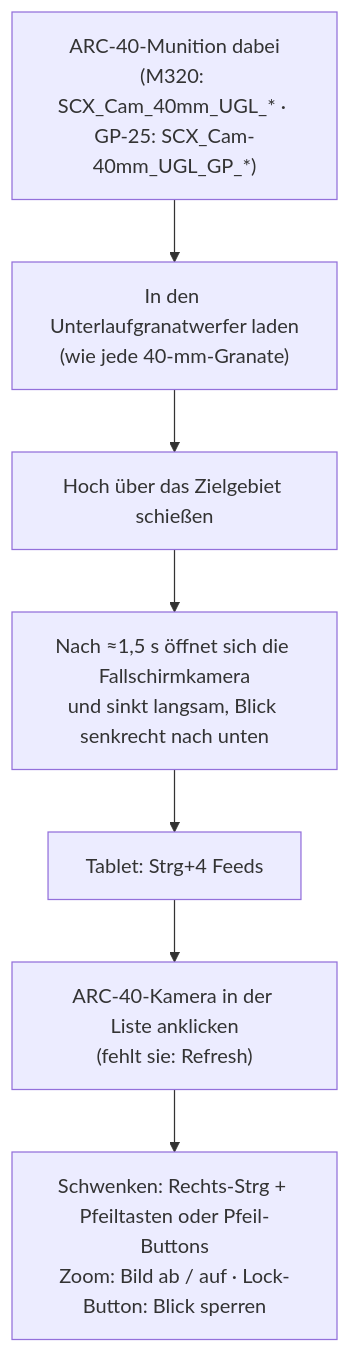
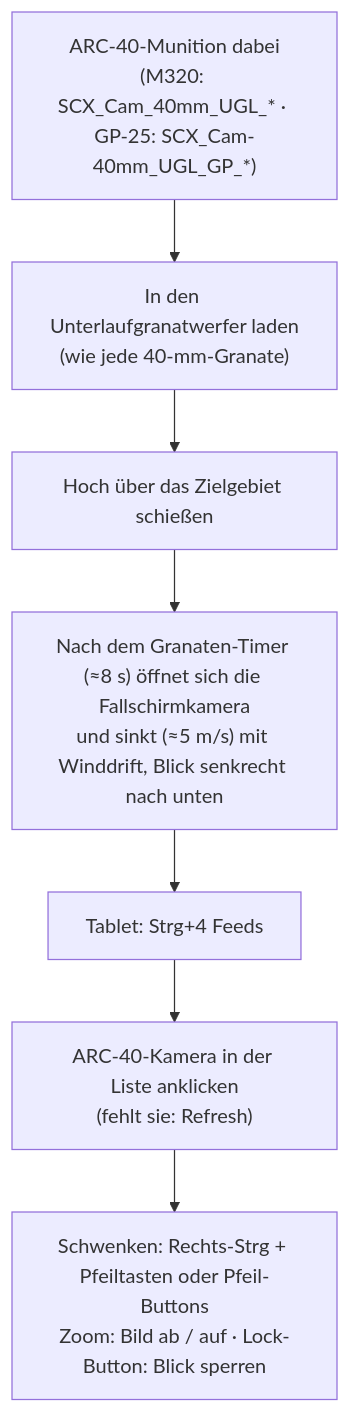
Before and after one commit to GerSkyking/SkyKing-Mod-Docs: diagram 12 of 12 in SkyMap-X-Workflows.md, drawn with Mermaid. The commit also changed other lines of this file and 2 other files, not shown here.

Commit message:
Wiki: link SMX sub-pages from Home/SkyMap-X, update workflow diagrams (ARC-40 timing, boot, map provider, chat)

````diff
--- a/SkyMap-X-Workflows.md
+++ b/SkyMap-X-Workflows.md
@@ -199,9 +203,9 @@
 ```mermaid
 flowchart TD
     A["ARC-40-Munition dabei<br/>(M320: SCX_Cam_40mm_UGL_* · GP-25: SCX_Cam-40mm_UGL_GP_*)"] --> B["In den Unterlaufgranatwerfer laden<br/>(wie jede 40-mm-Granate)"]
     B --> C["Hoch über das Zielgebiet schießen"]
-    C --> D["Nach ≈1,5 s öffnet sich die Fallschirmkamera<br/>und sinkt langsam, Blick senkrecht nach unten"]
+    C --> D["Nach dem Granaten-Timer (≈8 s) öffnet sich die Fallschirmkamera<br/>und sinkt (≈5 m/s) mit Winddrift, Blick senkrecht nach unten"]
     D --> E["Tablet: Strg+4 Feeds"]
     E --> F["ARC-40-Kamera in der Liste anklicken<br/>(fehlt sie: Refresh)"]
     F --> G["Schwenken: Rechts-Strg + Pfeiltasten oder Pfeil-Buttons<br/>Zoom: Bild ab / auf · Lock-Button: Blick sperren"]
 ```
````
